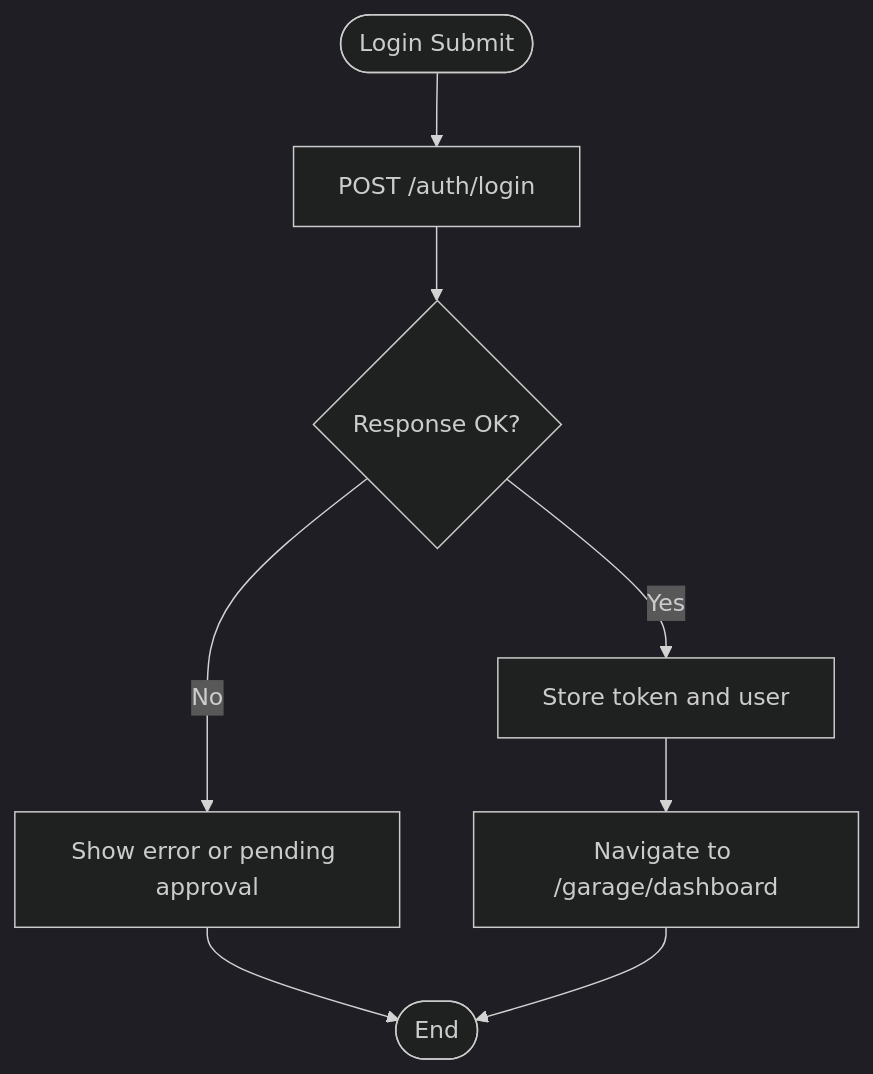
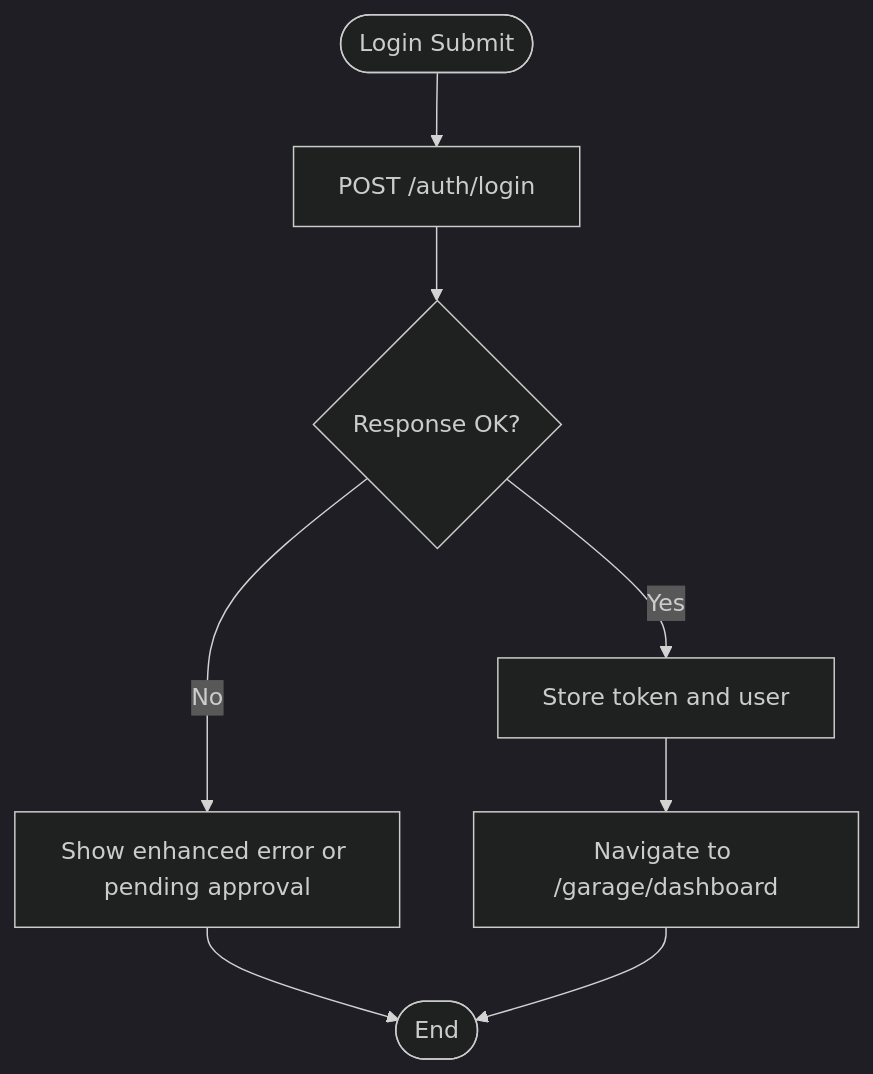
The third of 8 diagrams in .qoder/repowiki/en/content/Frontend Documentation/Garage Frontend Interface.md (NaveenHiranya/Smart-Vehicle-Insurance-Claim-System), drawn with Mermaid (dark theme) before and after one commit. The commit also changed other lines of this file and 35 other files, not shown here.

````diff
--- a/.qoder/repowiki/en/content/Frontend Documentation/Garage Frontend Interface.md
+++ b/.qoder/repowiki/en/content/Frontend Documentation/Garage Frontend Interface.md
@@ -123,10 +137,10 @@
 ```mermaid
 flowchart TD
 Start(["Login Submit"]) --> CallAPI["POST /auth/login"]
 CallAPI --> Resp{"Response OK?"}
 Resp --> |Yes| Store["Store token and user"]
 Store --> Nav["Navigate to /garage/dashboard"]
-Resp --> |No| Err["Show error or pending approval"]
+Resp --> |No| Err["Show enhanced error or pending approval"]
 Err --> End(["End"])
 Nav --> End
 ```
````
